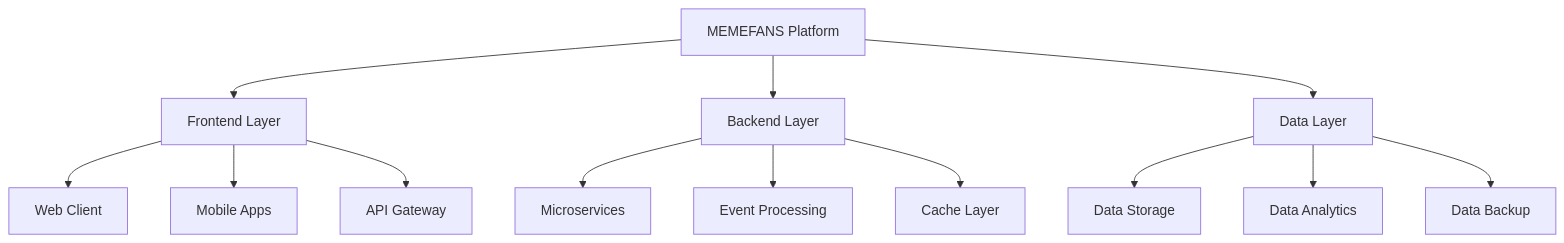
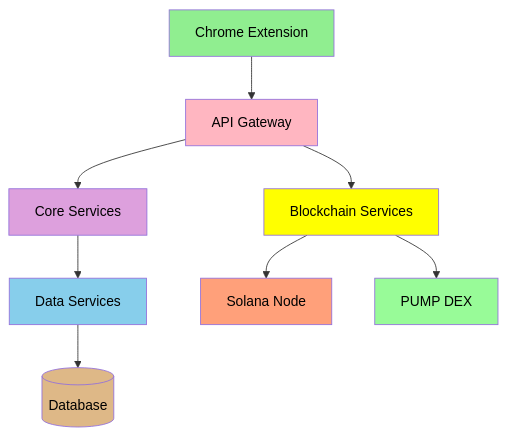
The first of 4 diagrams in docs/whitepaper/technical-architecture.md (MEMEFANS/memefans), drawn with Mermaid before and after one commit. The commit also changed other lines of this file and 7 other files, not shown here.

````diff
--- a/docs/whitepaper/technical-architecture.md
+++ b/docs/whitepaper/technical-architecture.md
@@ -109,18 +7,19 @@
-```mermaid
+<div class="mermaid">
 graph TD
-    A[MEMEFANS Platform] --> B[Frontend Layer]
-    A --> C[Backend Layer]
-    A --> D[Data Layer]
+    A[Chrome Extension] --> B[API Gateway]
+    B --> C[Core Services]
+    B --> D[Blockchain Services]
+    C --> E[Data Services]
+    D --> F[Solana Node]
+    D --> G[PUMP DEX]
+    E --> H[(Database)]
     
-    B --> B1[Web Client]
-    B --> B2[Mobile Apps]
-    B --> B3[API Gateway]
-    
-    C --> C1[Microservices]
-    C --> C2[Event Processing]
-    C --> C3[Cache Layer]
-    
-    D --> D1[Data Storage]
-    D --> D2[Data Analytics]
-    D --> D3[Data Backup]
-```
+    style A fill:#90EE90,color:#000000
+    style B fill:#FFB6C1,color:#000000
+    style C fill:#DDA0DD,color:#000000
+    style D fill:#FFFF00,color:#000000
+    style E fill:#87CEEB,color:#000000
+    style F fill:#FFA07A,color:#000000
+    style G fill:#98FB98,color:#000000
+    style H fill:#DEB887,color:#000000
+</div>
````
